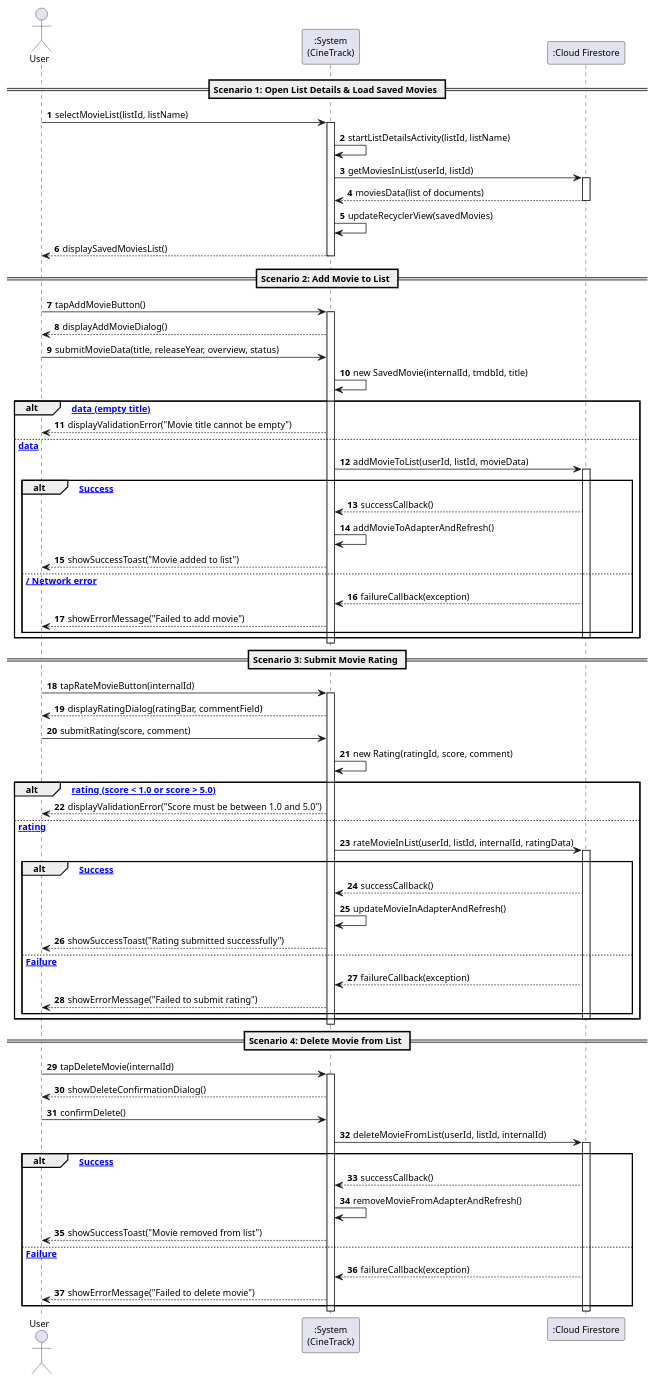
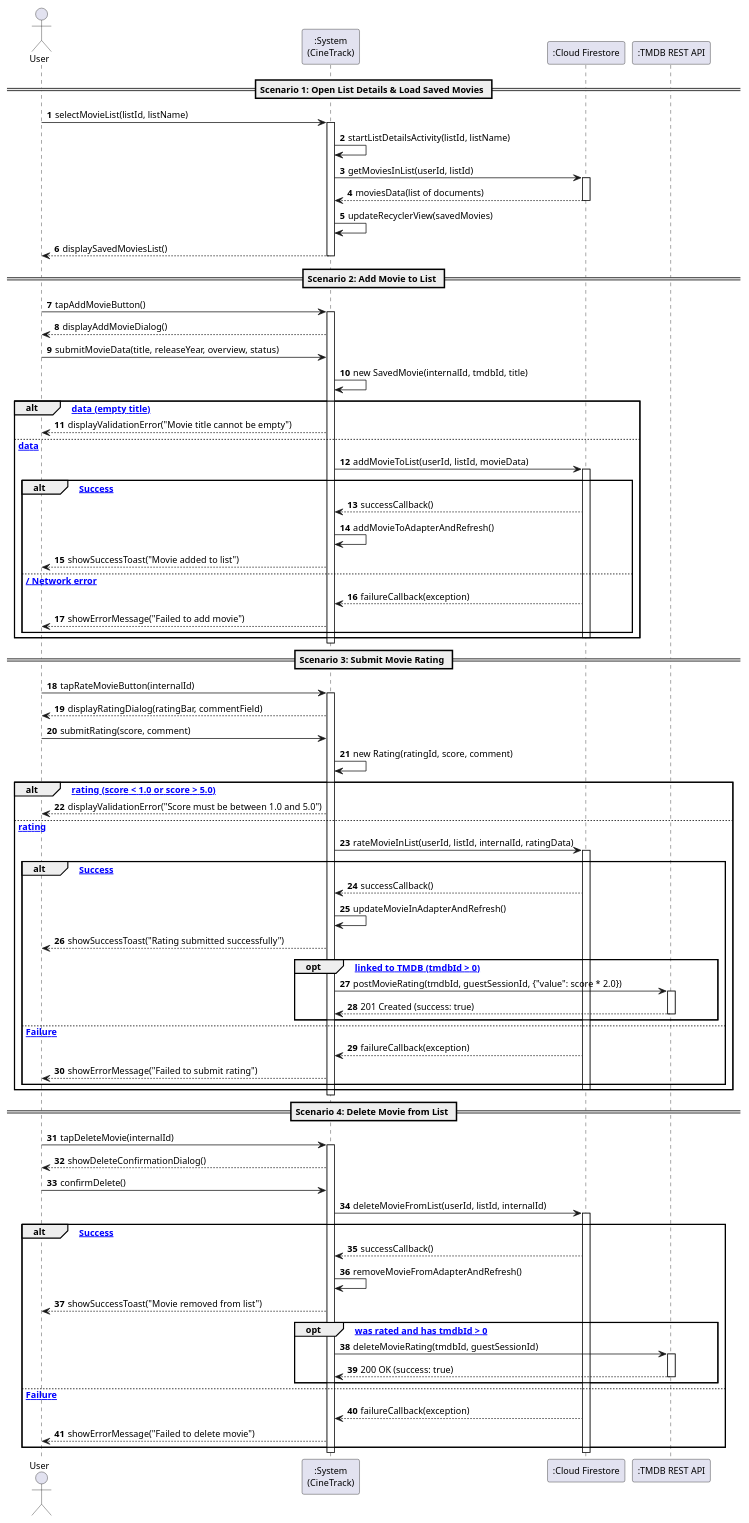
The diagram in docs/Use Cases/US3/puml/ssd_us3_add_movies_and_ratings.puml (Andre-1240567/DSSMV_ProjectDroid_1240567_1241013), drawn with PlantUML before and after one commit. The commit also changed 18 other files, not shown here.

Commit message:
docs: comprehensive review and synchronization of architecture, diagrams and specifications

```diff
--- a/docs/Use Cases/US3/puml/ssd_us3_add_movies_and_ratings.puml
+++ b/docs/Use Cases/US3/puml/ssd_us3_add_movies_and_ratings.puml
@@ -1,105 +1,120 @@
 @startuml
 skinparam handwritten false
 skinparam monochrome false
 skinparam shadowing false
 skinparam defaultFontName "Helvetica, Arial, sans-serif"
 skinparam defaultFontSize 12
 
 actor "User" as User
 participant ":System\n(CineTrack)" as System
 participant ":Cloud Firestore" as Firestore
+participant ":TMDB REST API" as TMDB
 
 autonumber
 
 == Scenario 1: Open List Details & Load Saved Movies ==
 
 User -> System : selectMovieList(listId, listName)
 activate System
 
 System -> System : startListDetailsActivity(listId, listName)
 System -> Firestore : getMoviesInList(userId, listId)
 activate Firestore
 Firestore --> System : moviesData(list of documents)
 deactivate Firestore
 
 System -> System : updateRecyclerView(savedMovies)
 System --> User : displaySavedMoviesList()
 deactivate System
 
 == Scenario 2: Add Movie to List ==
 
 User -> System : tapAddMovieButton()
 activate System
 System --> User : displayAddMovieDialog()
 
 User -> System : submitMovieData(title, releaseYear, overview, status)
 System -> System : new SavedMovie(internalId, tmdbId, title)
 
 alt [Invalid data (empty title)]
     System --> User : displayValidationError("Movie title cannot be empty")
 else [Valid data]
     System -> Firestore : addMovieToList(userId, listId, movieData)
     activate Firestore
     
     alt [Success]
         Firestore --> System : successCallback()
         System -> System : addMovieToAdapterAndRefresh()
         System --> User : showSuccessToast("Movie added to list")
     else [Failure / Network error]
         Firestore --> System : failureCallback(exception)
         System --> User : showErrorMessage("Failed to add movie")
     end
     deactivate Firestore
 end
 deactivate System
 
 == Scenario 3: Submit Movie Rating ==
 
 User -> System : tapRateMovieButton(internalId)
 activate System
 System --> User : displayRatingDialog(ratingBar, commentField)
 
 User -> System : submitRating(score, comment)
 System -> System : new Rating(ratingId, score, comment)
 
 alt [Invalid rating (score < 1.0 or score > 5.0)]
     System --> User : displayValidationError("Score must be between 1.0 and 5.0")
 else [Valid rating]
     System -> Firestore : rateMovieInList(userId, listId, internalId, ratingData)
     activate Firestore
     
     alt [Success]
         Firestore --> System : successCallback()
         System -> System : updateMovieInAdapterAndRefresh()
         System --> User : showSuccessToast("Rating submitted successfully")
+        
+        opt [movie linked to TMDB (tmdbId > 0)]
+            System -> TMDB : postMovieRating(tmdbId, guestSessionId, {"value": score * 2.0})
+            activate TMDB
+            TMDB --> System : 201 Created (success: true)
+            deactivate TMDB
+        end
     else [Failure]
         Firestore --> System : failureCallback(exception)
         System --> User : showErrorMessage("Failed to submit rating")
     end
     deactivate Firestore
 end
 deactivate System
 
 == Scenario 4: Delete Movie from List ==
 
 User -> System : tapDeleteMovie(internalId)
 activate System
 System --> User : showDeleteConfirmationDialog()
 
 User -> System : confirmDelete()
 System -> Firestore : deleteMovieFromList(userId, listId, internalId)
 activate Firestore
 
 alt [Success]
     Firestore --> System : successCallback()
     System -> System : removeMovieFromAdapterAndRefresh()
     System --> User : showSuccessToast("Movie removed from list")
+    
+    opt [movie was rated and has tmdbId > 0]
+        System -> TMDB : deleteMovieRating(tmdbId, guestSessionId)
+        activate TMDB
+        TMDB --> System : 200 OK (success: true)
+        deactivate TMDB
+    end
 else [Failure]
     Firestore --> System : failureCallback(exception)
     System --> User : showErrorMessage("Failed to delete movie")
 end
 deactivate Firestore
 
 deactivate System
 
 @enduml
```
